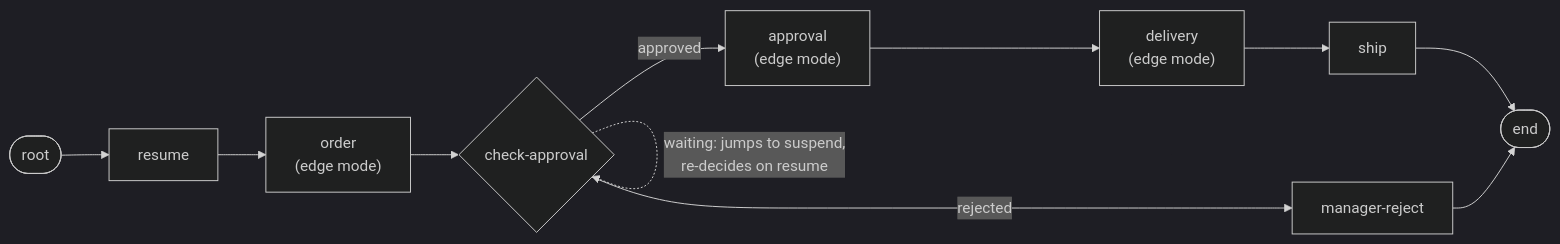
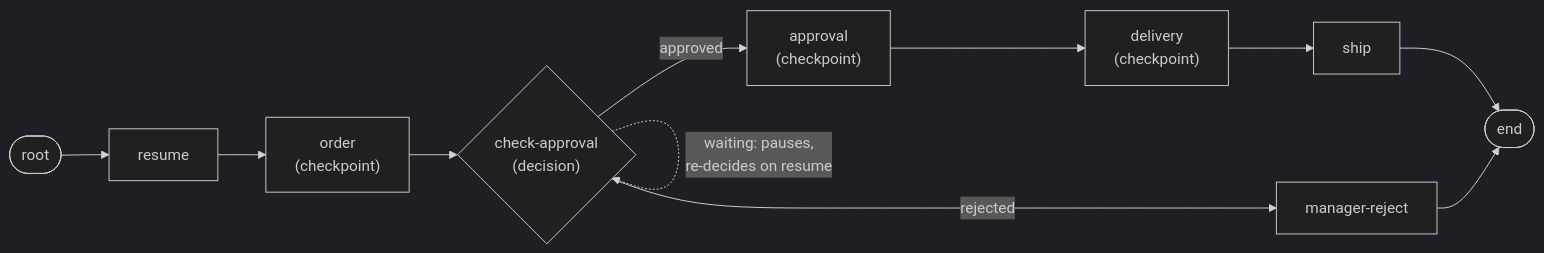
Before and after one commit to Accenture/mercury-composable: the third of 3 diagrams in docs/guides/knowledge-graph/workflow-suspension.md, drawn with Mermaid (dark theme). The commit also changed other lines of this file and 10 other files, not shown here.

````diff
--- a/docs/guides/knowledge-graph/workflow-suspension.md
+++ b/docs/guides/knowledge-graph/workflow-suspension.md
@@ -119,7 +172,7 @@
 ```mermaid
 flowchart LR
-    root(["root"]) --> resume --> order["order<br>(edge mode)"] --> check{"check-approval"}
-    check -->|approved| approval["approval<br>(edge mode)"] --> delivery["delivery<br>(edge mode)"] --> ship --> done(["end"])
+    root(["root"]) --> resume --> order["order<br>(checkpoint)"] --> check{"check-approval<br>(decision)"}
+    check -->|approved| approval["approval<br>(checkpoint)"] --> delivery["delivery<br>(checkpoint)"] --> ship --> done(["end"])
     check -->|rejected| reject["manager-reject"] --> done
-    check -.->|waiting: jumps to suspend,<br>re-decides on resume| check
+    check -.->|waiting: pauses,<br>re-decides on resume| check
 ```
````
